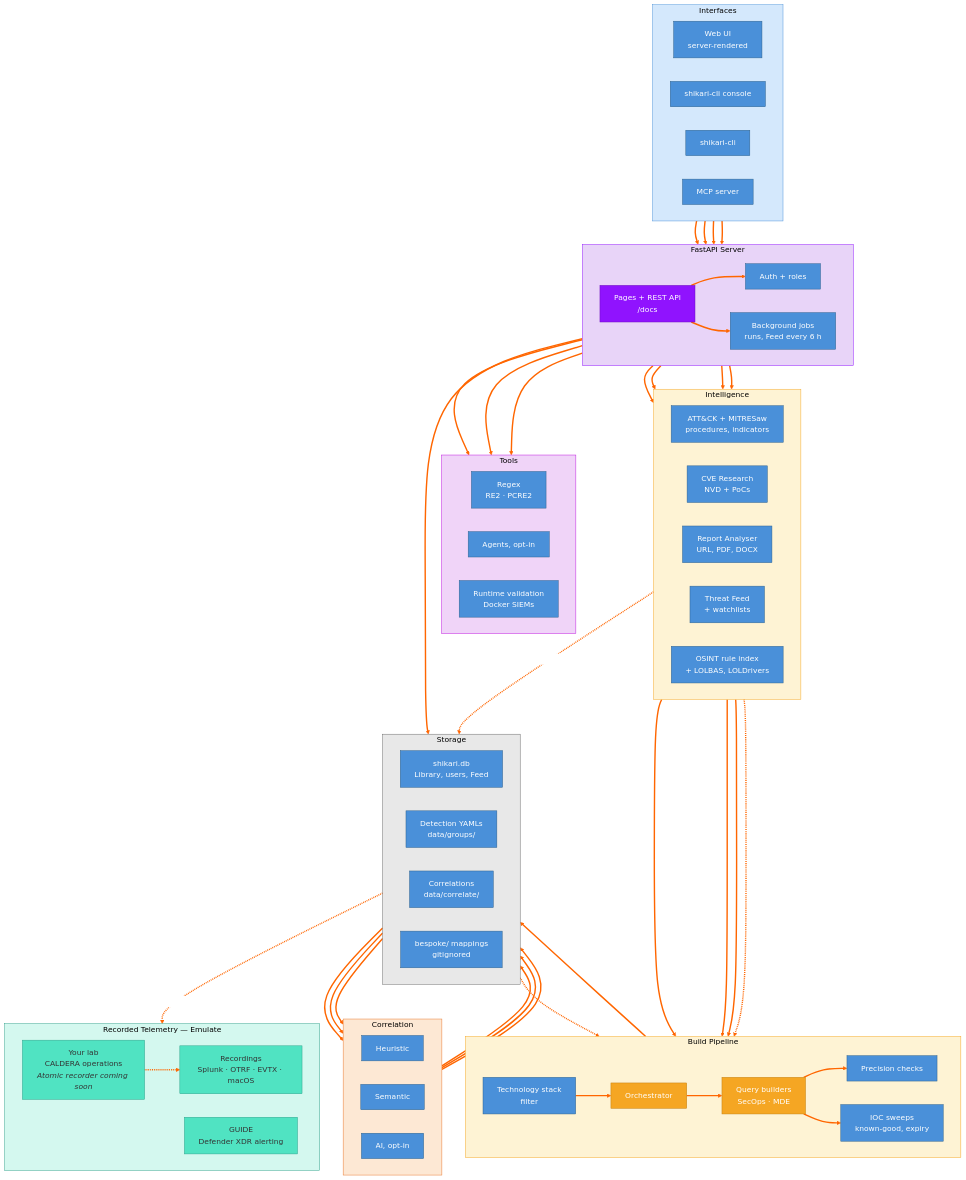
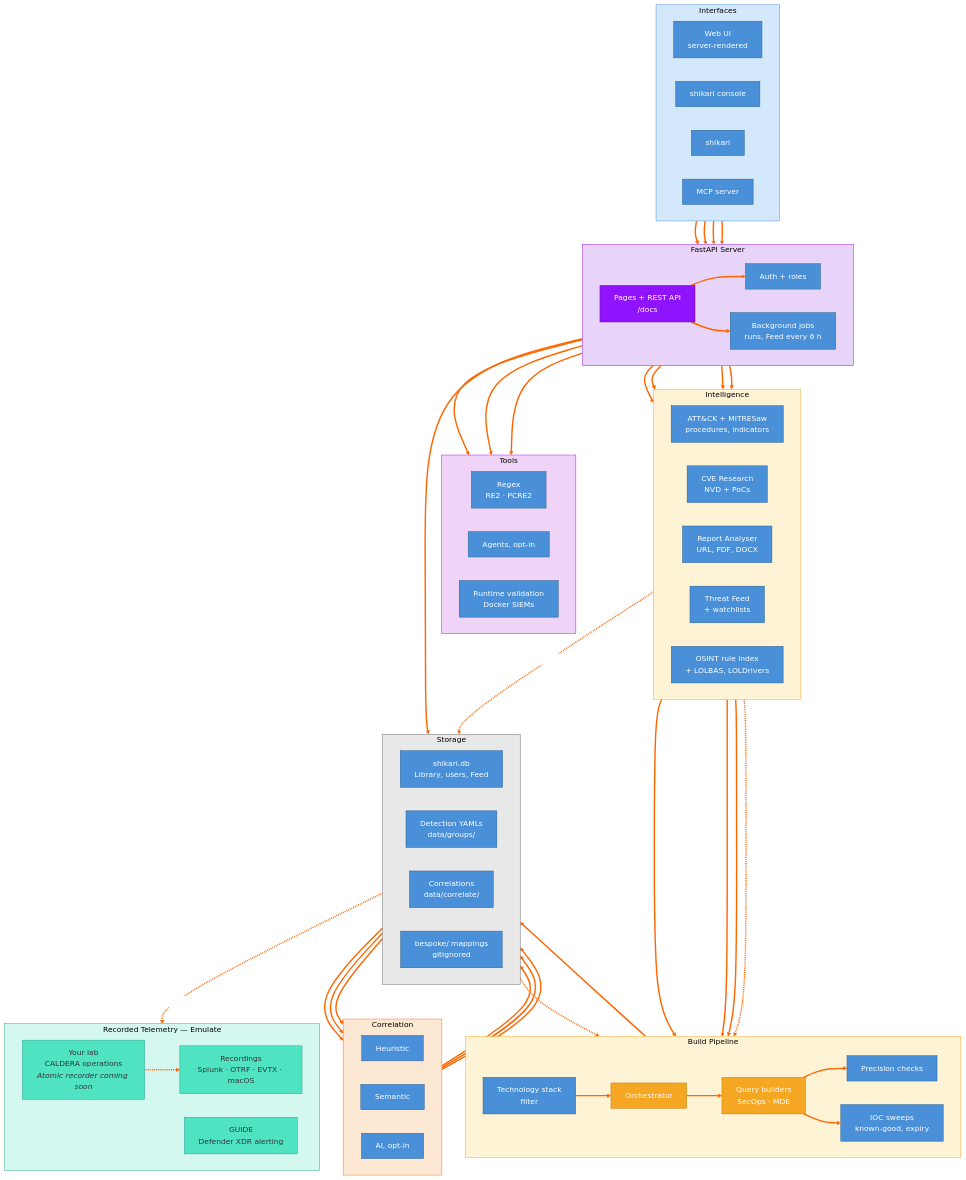
One commit to cmdaltr/shikari changed the sixth of 15 diagrams in docs/architecture/mermaid/MERMAID_DIAGRAMS.md. Above: the diagram before and after it, drawn with Mermaid. The commit also changed other lines of this file and 73 other files, not shown here.

First line of the commit message:
refactor(cli): rename the command shikari-cli -> shikari

```diff
--- a/docs/architecture/mermaid/MERMAID_DIAGRAMS.md
+++ b/docs/architecture/mermaid/MERMAID_DIAGRAMS.md
@@ -367,8 +367,8 @@
     subgraph IFACE ["Interfaces"]
         direction LR
         WEB["Web UI<br/>server-rendered"]
-        CON["shikari-cli console"]
-        CLI["shikari-cli"]
+        CON["shikari console"]
+        CLI["shikari"]
         MCP["MCP server"]
     end
 
```
